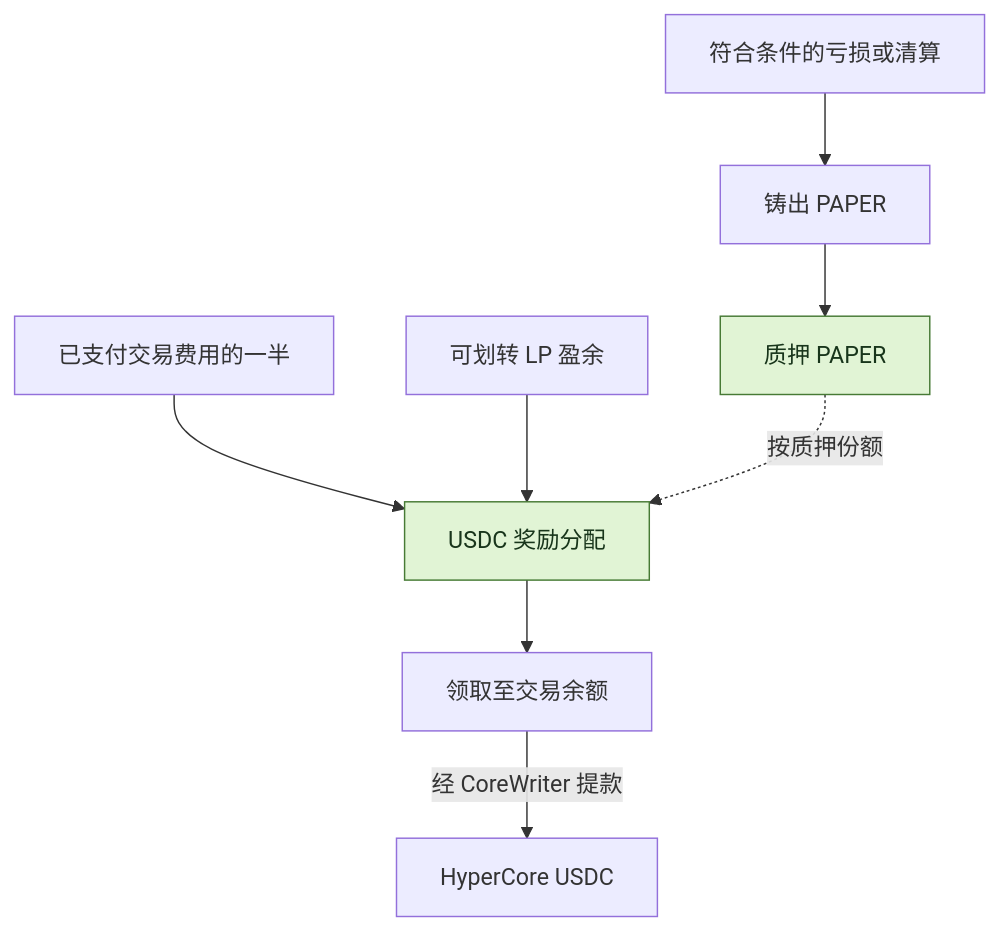
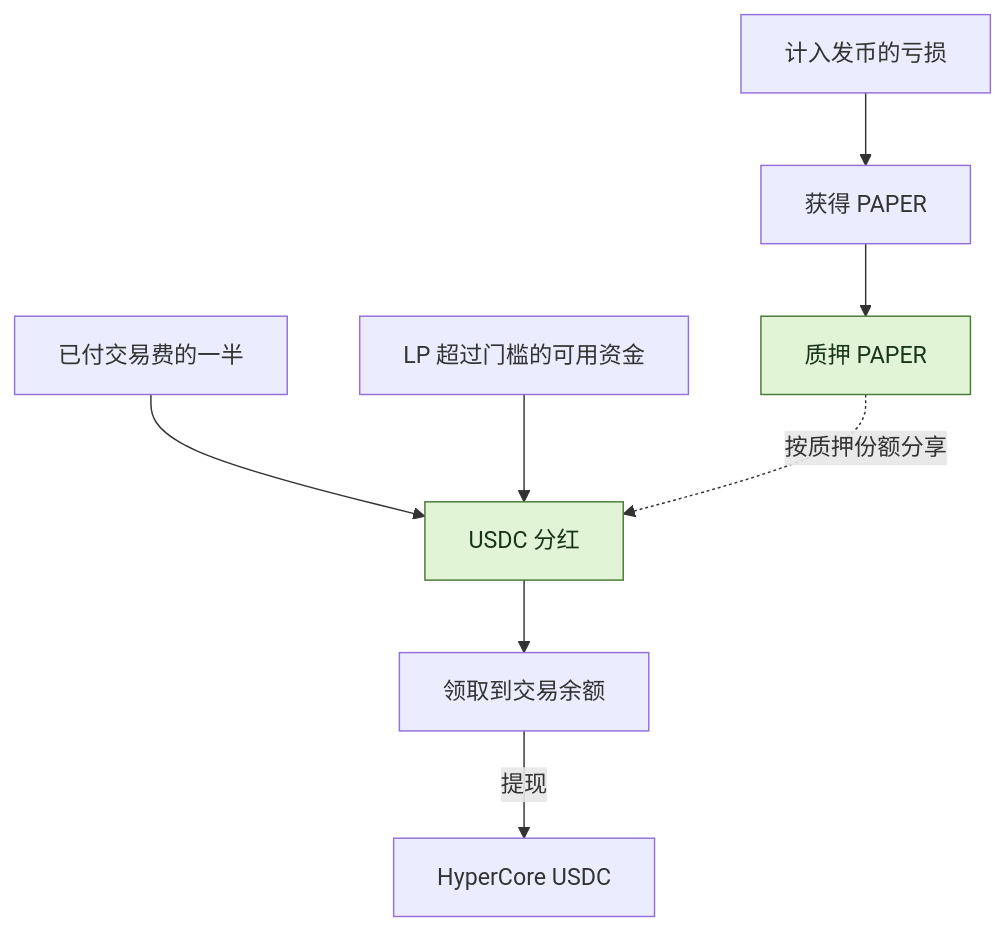
Before and after one commit to KoNit-K/papertrade-lab: the second of 2 diagrams in README.zh-CN.md, drawn with Mermaid. The commit also changed other lines of this file and 6 other files, not shown here.

````diff
--- a/README.zh-CN.md
+++ b/README.zh-CN.md
@@ -114,12 +118,12 @@
 ```mermaid
 flowchart TB
-    Loss[符合条件的亏损或清算] --> Mint[铸出 PAPER]
+    Loss[计入发币的亏损] --> Mint[获得 PAPER]
     Mint --> Stake[质押 PAPER]
-    Fees[已支付交易费用的一半] --> Rewards[USDC 奖励分配]
-    Surplus[可划转 LP 盈余] --> Rewards
-    Stake -.->|按质押份额| Rewards
-    Rewards --> Claim[领取至交易余额]
-    Claim -->|经 CoreWriter 提款| Core[HyperCore USDC]
+    Fees[已付交易费的一半] --> Rewards[USDC 分红]
+    Surplus[LP 超过门槛的可用资金] --> Rewards
+    Stake -.->|按质押份额分享| Rewards
+    Rewards --> Claim[领取到交易余额]
+    Claim -->|提现| Core[HyperCore USDC]
     classDef accent fill:#e1f4d5,stroke:#477a35,color:#18351b
     class Stake,Rewards accent
 ```
````
